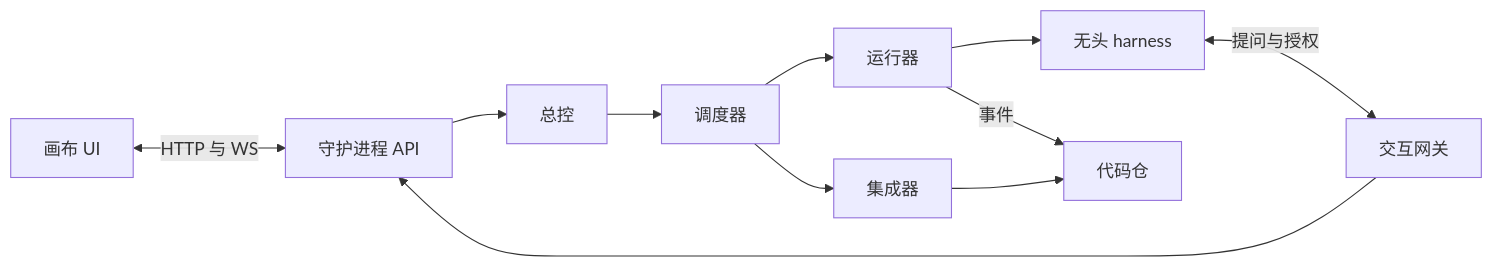
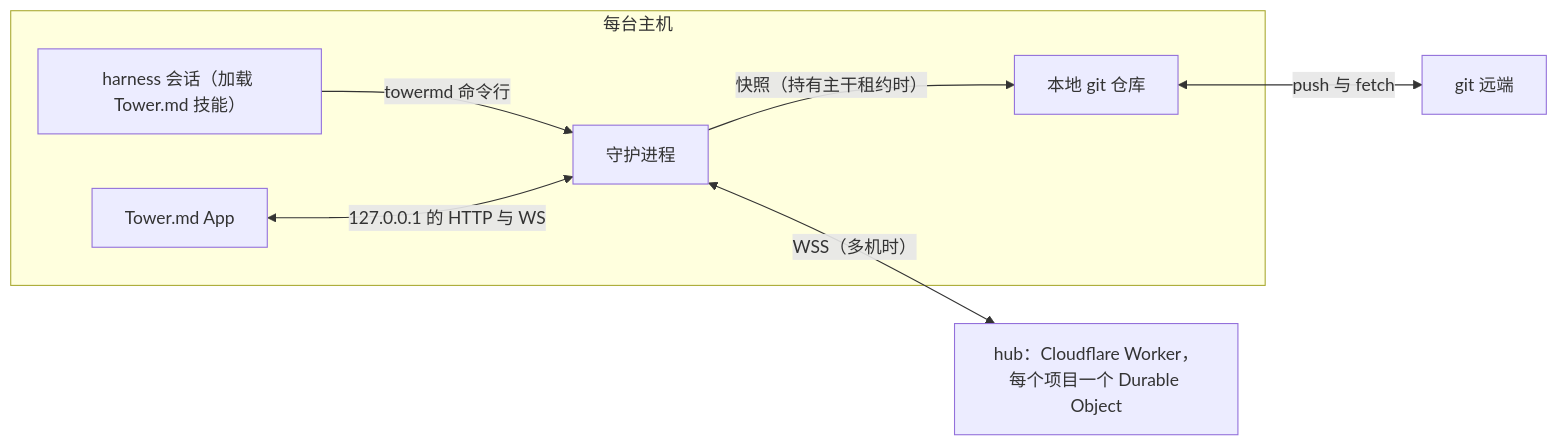
One commit to wizlijun/tower.md changed the second of 7 diagrams in docs/specs/2026-10-16-spec-towermd-layered-agent-canvas-mvp.md. Above: the diagram before and after it, drawn with Mermaid. The commit also changed other lines of this file and 1 other file, not shown here.

First line of the commit message:
Spec v0.5: skills + App, docs_dir, single hub with repo snapshots

````diff
--- a/docs/specs/2026-10-16-spec-towermd-layered-agent-canvas-mvp.md
+++ b/docs/specs/2026-10-16-spec-towermd-layered-agent-canvas-mvp.md
@@ -289,13 +322,10 @@
 ```mermaid
 flowchart LR
-  UI["画布 UI"] <-->|"HTTP 与 WS"| API["守护进程 API"]
-  API --> CTL["总控"]
-  CTL --> SCH["调度器"]
-  SCH --> RUN["运行器"]
-  RUN --> H["无头 harness"]
-  RUN -->|"事件"| REPO["代码仓"]
-  INT["集成器"] --> REPO
-  SCH --> INT
-  H <-->|"提问与授权"| GW["交互网关"]
-  GW --> API
+  subgraph HOST["每台主机"]
+    S["harness 会话（加载 Tower.md 技能）"] -->|"towermd 命令行"| D["守护进程"]
+    APP["Tower.md App"] <-->|"127.0.0.1 的 HTTP 与 WS"| D
+    D -->|"快照（持有主干租约时）"| GIT["本地 git 仓库"]
+  end
+  D <-->|"WSS（多机时）"| HUB["hub：Cloudflare Worker，每个项目一个 Durable Object"]
+  GIT <-->|"push 与 fetch"| REMOTE["git 远端"]
 ```
````
